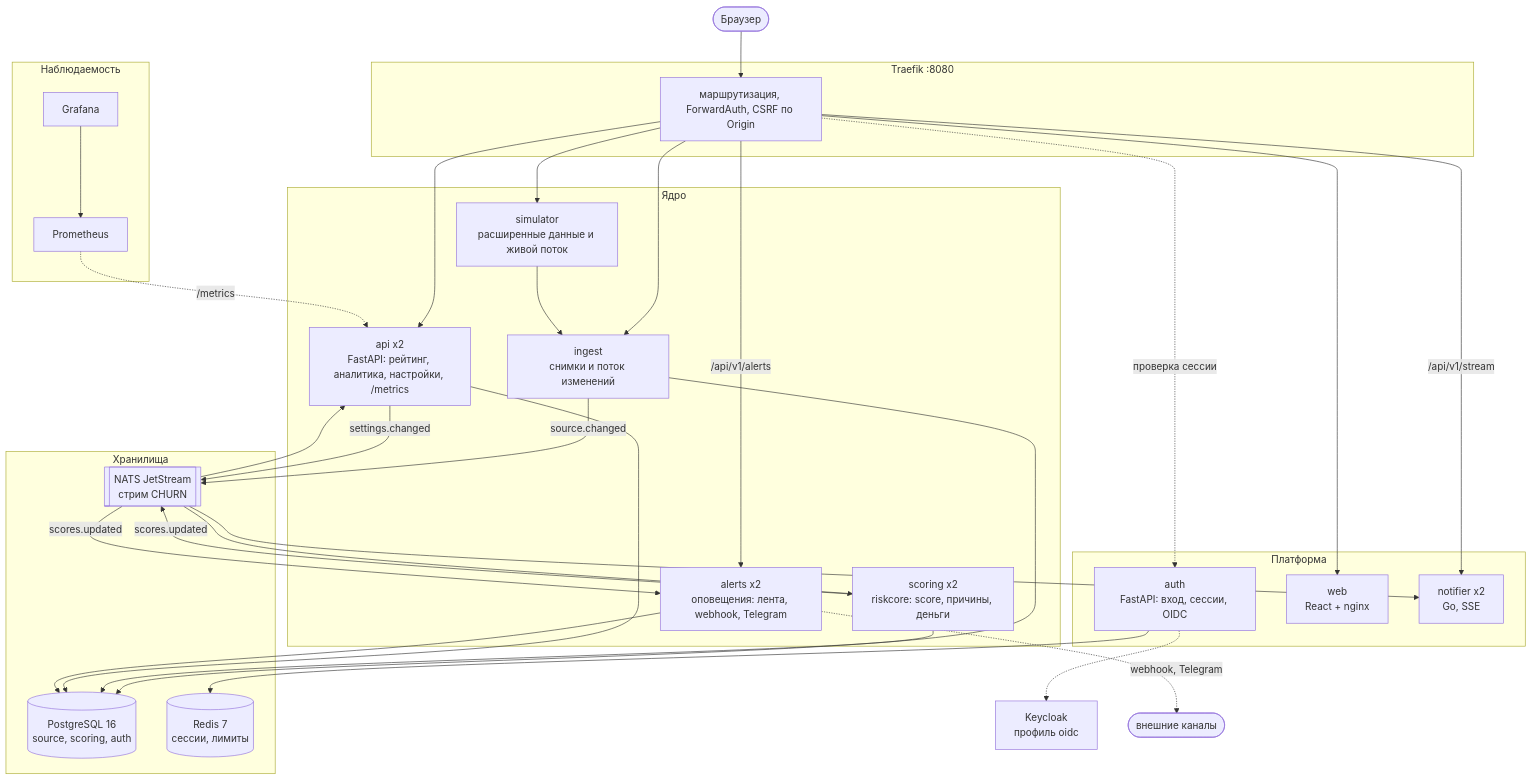
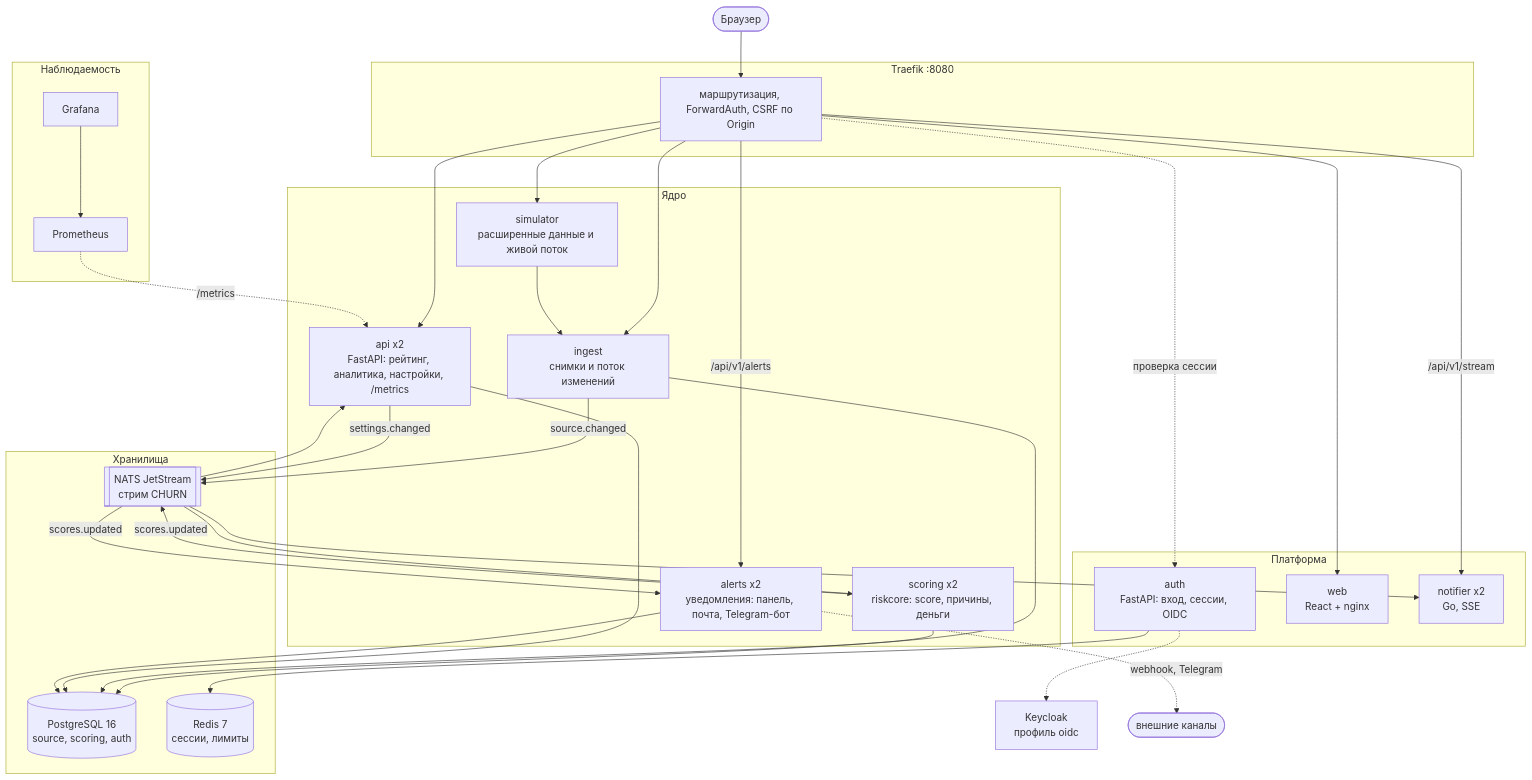
The diagram in README.md (dimon0804/ChurnRadar), drawn with Mermaid before and after one commit. The commit also changed other lines of this file and 3 other files, not shown here.

````diff
--- a/README.md
+++ b/README.md
@@ -194,61 +194,61 @@
 ```mermaid
 flowchart TB
     browser(["Браузер"])
 
     subgraph gw["Traefik :8080"]
         traefik["маршрутизация, ForwardAuth, CSRF по Origin"]
     end
 
     subgraph platform["Платформа"]
         auth["auth<br/>FastAPI: вход, сессии, OIDC"]
         web["web<br/>React + nginx"]
         notifier["notifier x2<br/>Go, SSE"]
     end
 
     subgraph core["Ядро"]
         api["api x2<br/>FastAPI: рейтинг, аналитика, настройки, /metrics"]
         ingest["ingest<br/>снимки и поток изменений"]
         scoring["scoring x2<br/>riskcore: score, причины, деньги"]
         simulator["simulator<br/>расширенные данные и живой поток"]
-        alerts["alerts x2<br/>оповещения: лента, webhook, Telegram"]
+        alerts["alerts x2<br/>уведомления: панель, почта, Telegram-бот"]
     end
 
     subgraph data["Хранилища"]
         pg[("PostgreSQL 16<br/>source, scoring, auth")]
         redis[("Redis 7<br/>сессии, лимиты")]
         nats[["NATS JetStream<br/>стрим CHURN"]]
     end
 
     subgraph obs["Наблюдаемость"]
         prom["Prometheus"]
         graf["Grafana"]
     end
 
     keycloak["Keycloak<br/>профиль oidc"]
 
     browser --> traefik
     traefik -. "проверка сессии" .-> auth
     traefik --> web
     traefik --> api
     traefik --> ingest
     traefik --> simulator
     traefik -- "/api/v1/stream" --> notifier
     auth --> redis
     auth -.-> keycloak
     simulator --> ingest
     ingest --> pg
     ingest -- "source.changed" --> nats
     api -- "settings.changed" --> nats
     nats --> scoring
     scoring --> pg
     scoring -- "scores.updated" --> nats
     nats --> notifier
     nats --> api
     api --> pg
     traefik -- "/api/v1/alerts" --> alerts
     nats -- "scores.updated" --> alerts
     alerts --> pg
     alerts -. "webhook, Telegram" .-> outside(["внешние каналы"])
     prom -. "/metrics" .-> api
     graf --> prom
 ```
````
